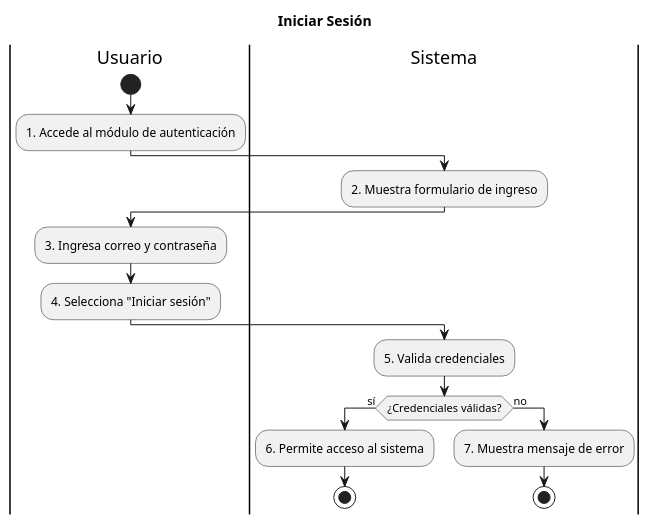
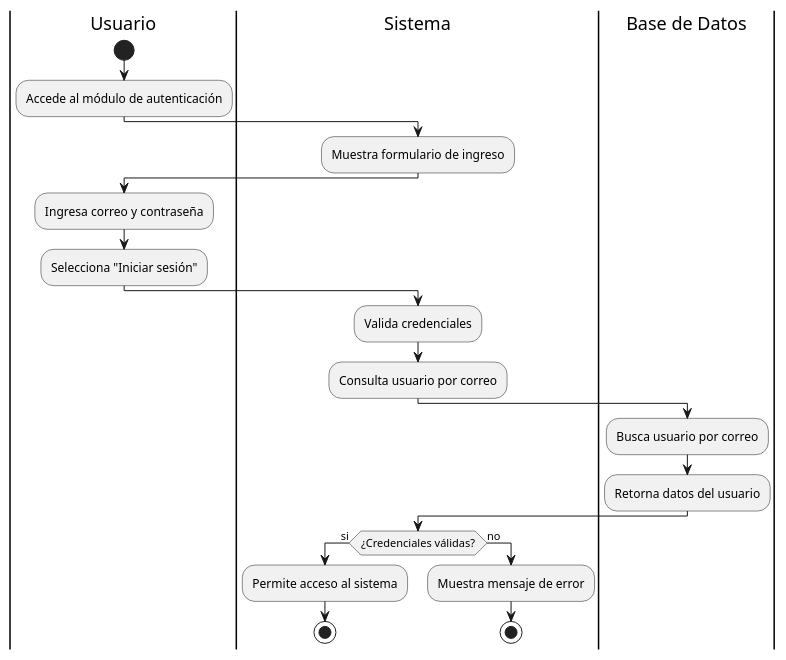
One commit to LauKnitIn/SISTEMA-GESTOR-DE-RECORRIDOS changed the diagram in diagramas_modulo_autenticacion/actividades-modulo-autenticacion/Actividades_Iniciar_sesion.puml. Above: the diagram before and after it, drawn with PlantUML.

Commit message:
Actualización diagrama Actividades Iniciar_sesion.puml

```diff
--- a/diagramas_modulo_autenticacion/actividades-modulo-autenticacion/Actividades_Iniciar_sesion.puml
+++ b/diagramas_modulo_autenticacion/actividades-modulo-autenticacion/Actividades_Iniciar_sesion.puml
@@ -1,24 +1,23 @@
 @startuml
-title Iniciar Sesión
-
 |Usuario|
 start
-:1. Accede al módulo de autenticación;
-
+:Accede al módulo de autenticación;
 |Sistema|
-:2. Muestra formulario de ingreso;
-
+:Muestra formulario de ingreso;
 |Usuario|
-:3. Ingresa correo y contraseña;
-:4. Selecciona "Iniciar sesión";
-
+:Ingresa correo y contraseña;
+:Selecciona "Iniciar sesión";
 |Sistema|
-:5. Valida credenciales;
-if (¿Credenciales válidas?) then (sí)
-  :6. Permite acceso al sistema;
+:Valida credenciales;
+:Consulta usuario por correo;
+|Base de Datos|
+:Busca usuario por correo;
+:Retorna datos del usuario;
+|Sistema|
+if (¿Credenciales válidas?) then (si)
+  :Permite acceso al sistema;
   stop
 else (no)
-  :7. Muestra mensaje de error;
-  stop
-endif
+  :Muestra mensaje de error;
+stop
 @enduml
```
